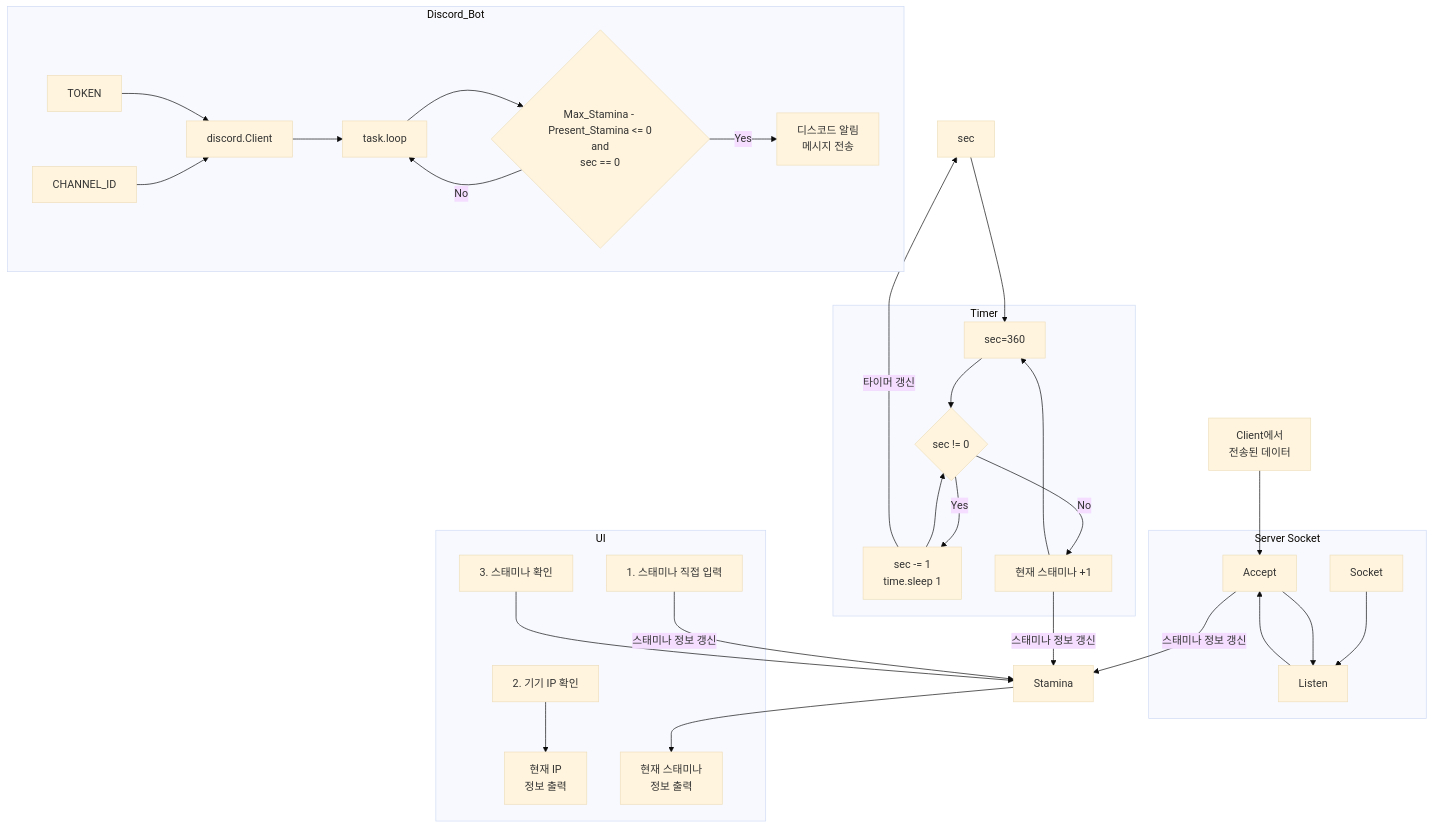
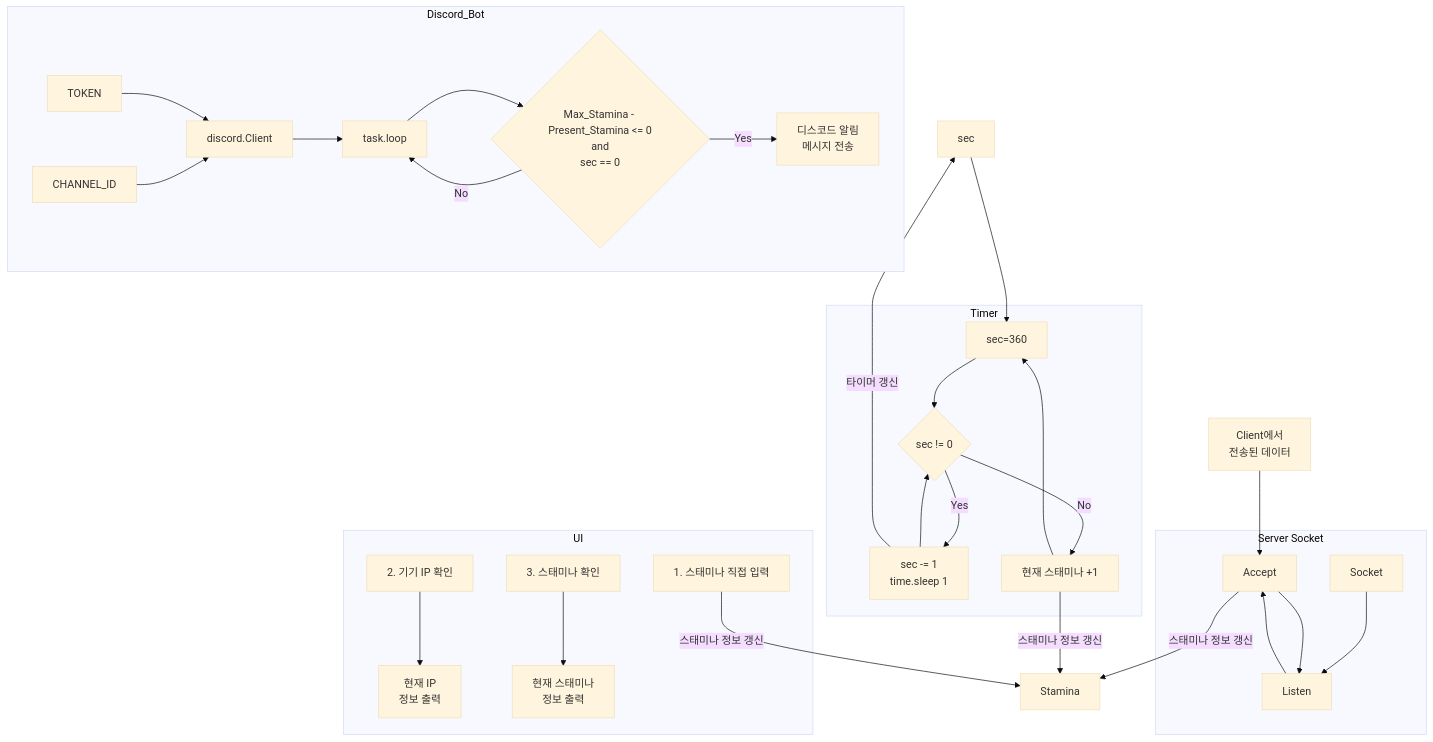
The third of 3 diagrams in README.md (201710808/Game-Stamina-Alarm), drawn with Mermaid (base theme) before and after one commit.

````diff
--- a/README.md
+++ b/README.md
@@ -55,43 +55,40 @@
 ```mermaid
 graph TB;
     data[Client에서\n전송된 데이터]-->Accept;
 
     subgraph Server Socket;
     Socket-->Listen;
     Listen-->Accept;
     end;
     Accept-->|스태미나 정보 갱신|Stamina;
     Accept-->Listen;
 
     sec-->sec360;
     subgraph Timer;
     sec360[sec=360]-->condition{sec != 0};
     condition-->|"Yes"|process_time[sec -= 1\ntime.sleep 1];
     process_time-->condition;
     condition-->|"No"|sync_stamina[현재 스태미나 +1];
     sync_stamina-->sec360;
     end;
 
     process_time-->|"타이머 갱신"|sec;
     sync_stamina-->|스태미나 정보 갱신|Stamina;
 
     subgraph Discord_Bot;
     TOKEN-->Client[discord.Client];
     CHANNEL_ID-->Client;
     Client-->task.loop;
     task.loop-->discord_condition{Max_Stamina - Present_Stamina <= 0\nand\nsec == 0};
     discord_condition-->|"Yes"|discord_message[디스코드 알림\n메시지 전송]
     discord_condition-->|"No"|task.loop;
     end;
     
     subgraph UI;
     input_stamina[1. 스태미나 직접 입력];
     check_ip[2. 기기 IP 확인]-->output_ip[현재 IP\n정보 출력];
-    check_stamina[3. 스태미나 확인];
-    output_stamina;
+    check_stamina[3. 스태미나 확인]-->output_stamina[현재 스태미나\n정보 출력];
     
     end;
     input_stamina-->|스태미나 정보 갱신|Stamina;
-    check_stamina-->Stamina;
-    Stamina-->output_stamina[현재 스태미나\n정보 출력];
 ```
````
